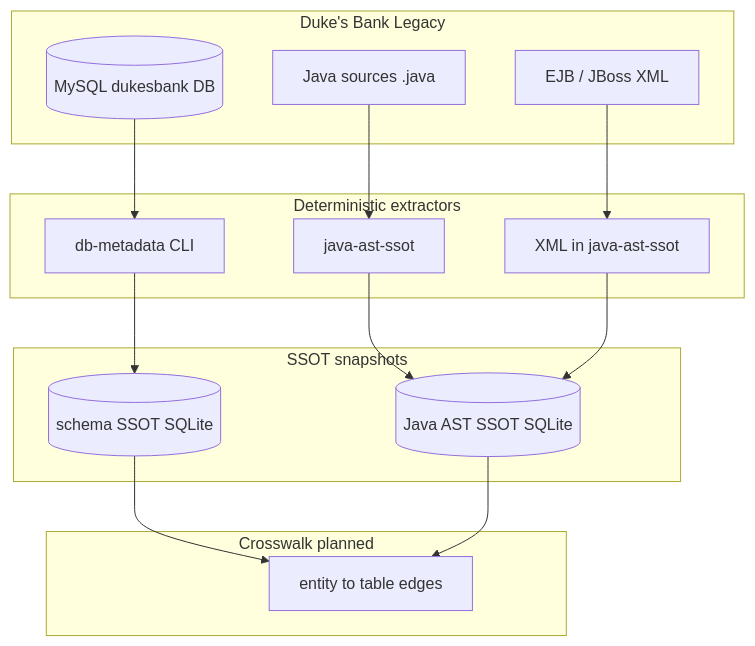
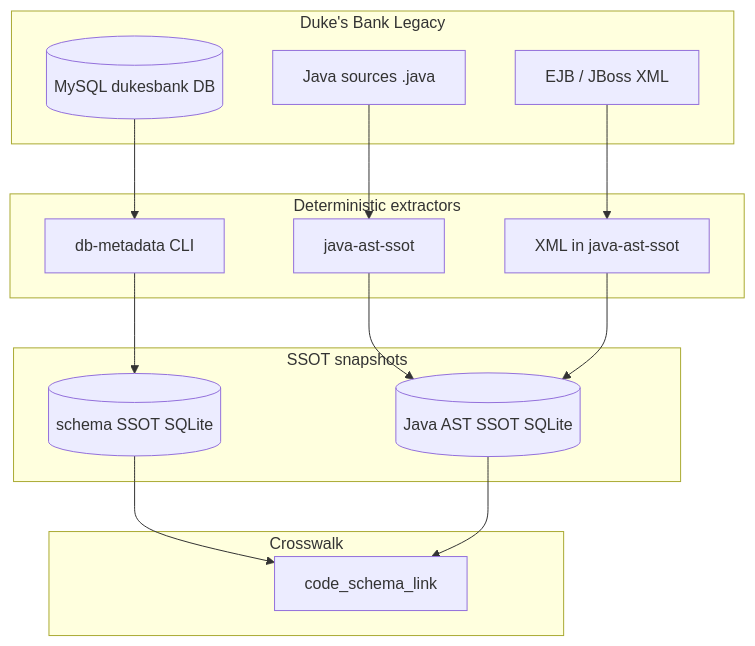
Before and after one commit to anchor-migration/migration-hub: the diagram in docs/DUKESBANK-DEMO.md, drawn with Mermaid. The commit also changed other lines of this file and 8 other files, not shown here.

````diff
--- a/docs/DUKESBANK-DEMO.md
+++ b/docs/DUKESBANK-DEMO.md
@@ -106,29 +106,29 @@
 ```mermaid
 flowchart TB
   subgraph legacy [Duke's Bank Legacy]
     MySQL[(MySQL dukesbank DB)]
     Java[Java sources .java]
     XML[EJB / JBoss XML]
   end
 
   subgraph extract [Deterministic extractors]
     DBMeta[db-metadata CLI]
     CodeExt[java-ast-ssot]
     XMLExt[XML in java-ast-ssot]
   end
 
   subgraph ssot [SSOT snapshots]
     SchemaDB[(schema SSOT SQLite)]
     JavaDB[(Java AST SSOT SQLite)]
   end
 
-  subgraph link [Crosswalk planned]
-    XWalk[entity to table edges]
+  subgraph link [Crosswalk]
+    XWalk[code_schema_link]
   end
 
   MySQL --> DBMeta --> SchemaDB
   Java --> CodeExt --> JavaDB
   XML --> XMLExt --> JavaDB
   SchemaDB --> XWalk
   JavaDB --> XWalk
 ```
````
